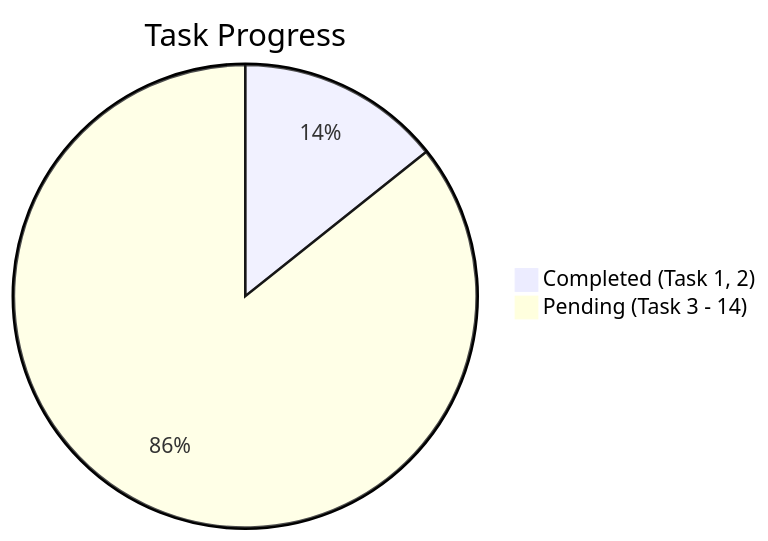
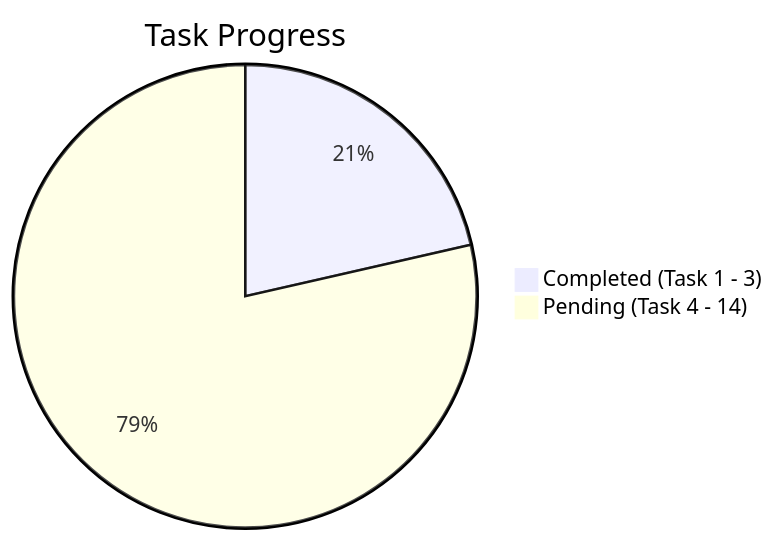
One commit to kimmandoo/gift changed the diagram in TASKS.md. Above: the diagram before and after it, drawn with Mermaid. The commit also changed other lines of this file and 4 other files, not shown here.

````diff
--- a/TASKS.md
+++ b/TASKS.md
@@ -13,5 +13,5 @@
 ```mermaid
 pie title Task Progress
-    "Completed (Task 1, 2)" : 2
-    "Pending (Task 3 - 14)" : 12
+    "Completed (Task 1 - 3)" : 3
+    "Pending (Task 4 - 14)" : 11
 ```
````
